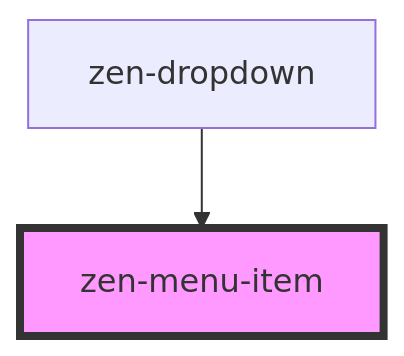
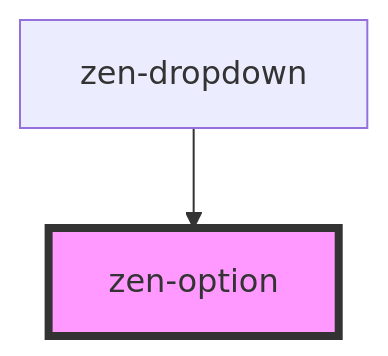
One commit to reciprocity/zen-ui changed the diagram in src/components/zen-menu-item/readme.md. Above: the diagram before and after it, drawn with Mermaid. The commit also changed 7 other files, not shown here.

Commit message:
refactor: rename zen-menu-item to zen-option

````diff
--- a/src/components/zen-menu-item/readme.md
+++ b/src/components/zen-menu-item/readme.md
@@ -32,5 +32,5 @@
 ```mermaid
 graph TD;
-  zen-dropdown --> zen-menu-item
-  style zen-menu-item fill:#f9f,stroke:#333,stroke-width:4px
+  zen-dropdown --> zen-option
+  style zen-option fill:#f9f,stroke:#333,stroke-width:4px
 ```
````
